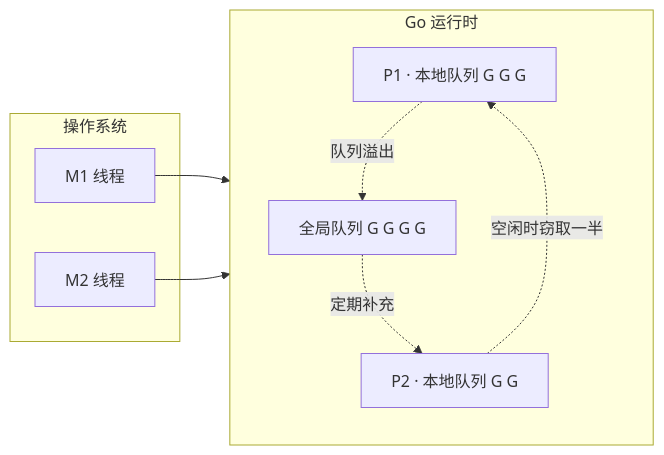
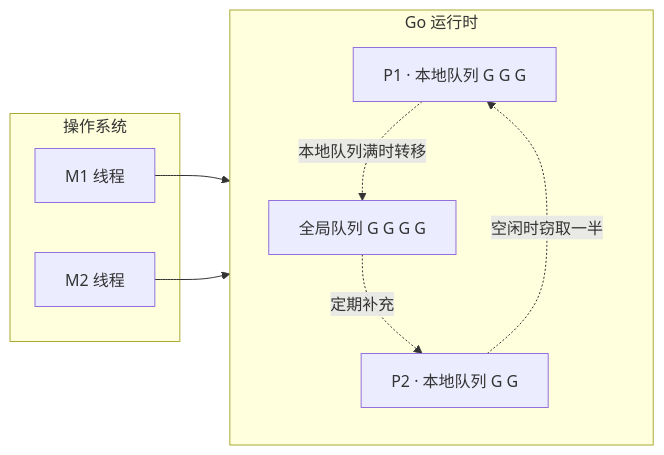
Before and after one commit to golang-design/under-the-hood: the first of 2 diagrams in book/zh-cn/part3concurrency/ch09sched/model.md, drawn with Mermaid. The commit also changed other lines of this file and 11 other files, not shown here.

````diff
--- a/book/zh-cn/part3concurrency/ch09sched/model.md
+++ b/book/zh-cn/part3concurrency/ch09sched/model.md
@@ -32,18 +65,18 @@
 ```mermaid
 flowchart LR
     subgraph OS[操作系统]
       M1[M1 线程]
       M2[M2 线程]
     end
     subgraph RT[Go 运行时]
       direction TB
       P1["P1 · 本地队列 G G G"]
       P2["P2 · 本地队列 G G"]
       GQ["全局队列 G G G G"]
     end
     M1 --> P1
     M2 --> P2
     P2 -. 空闲时窃取一半 .-> P1
-    P1 -. 队列溢出 .-> GQ
+    P1 -. 本地队列满时转移 .-> GQ
     GQ -. 定期补充 .-> P2
 ```
````
